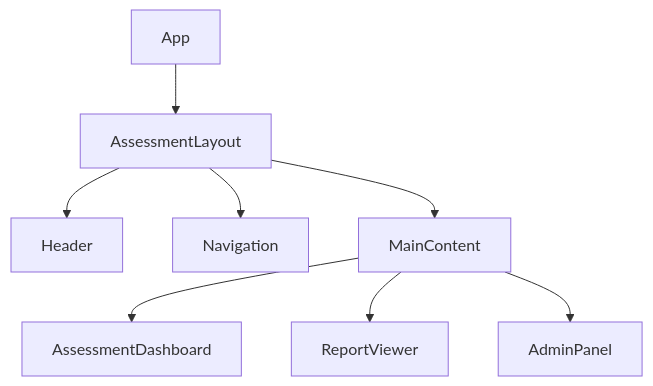
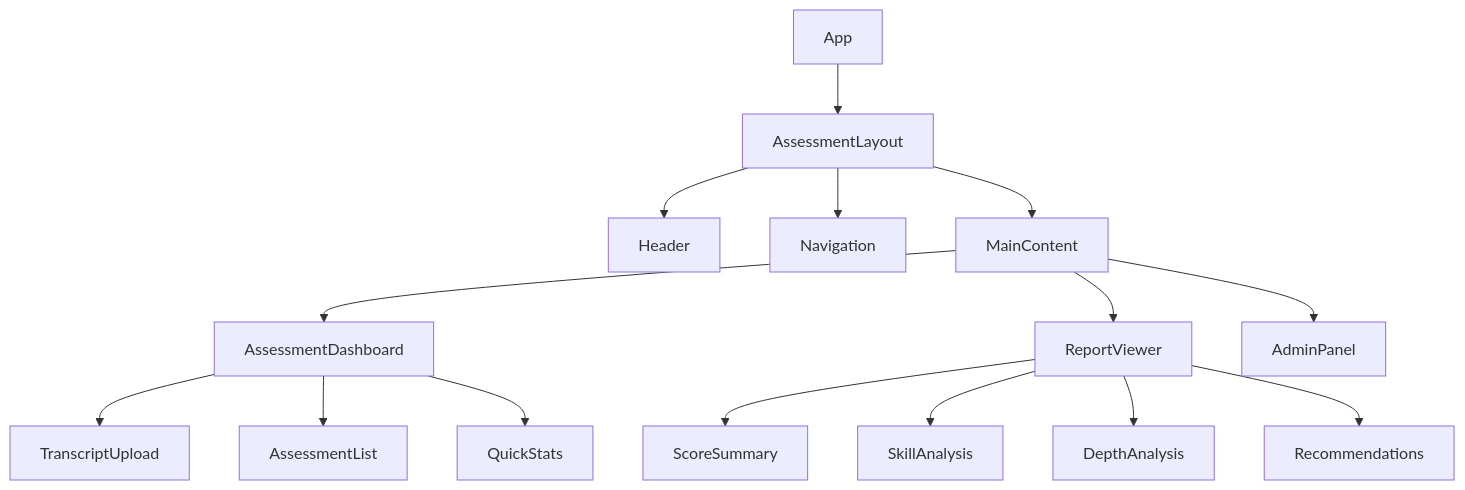
One commit to jasonlryan/CMO changed the first of 2 diagrams in docs/spec/UI_SPEC.md. Above: the diagram before and after it, drawn with Mermaid. The commit also changed other lines of this file and 29 other files, not shown here.

````diff
--- a/docs/spec/UI_SPEC.md
+++ b/docs/spec/UI_SPEC.md
@@ -7,11 +5,20 @@
 ```mermaid
 graph TD
     A[App] --> B[AssessmentLayout]
     B --> C[Header]
     B --> D[Navigation]
     B --> E[MainContent]
 
     E --> F[AssessmentDashboard]
     E --> G[ReportViewer]
     E --> H[AdminPanel]
+
+    F --> F1[TranscriptUpload]
+    F --> F2[AssessmentList]
+    F --> F3[QuickStats]
+
+    G --> G1[ScoreSummary]
+    G --> G2[SkillAnalysis]
+    G --> G3[DepthAnalysis]
+    G --> G4[Recommendations]
 ```
````
